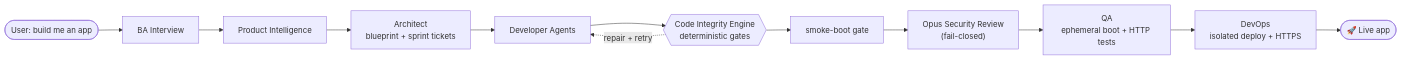
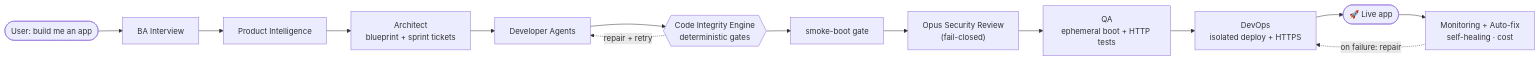
One commit to Rajkumar2002-Rk/ai-org changed the diagram in README.md. Above: the diagram before and after it, drawn with Mermaid. The commit also changed other lines of this file, not shown here.

First line of the commit message:
README: document the 10th stage (Monitoring & self-healing) so the stage list matches the "10 specialized agent stages" claim

````diff
--- a/README.md
+++ b/README.md
@@ -53,14 +53,16 @@
 ```mermaid
 flowchart LR
     U(["User: build me an app"]) --> BA[BA Interview]
     BA --> PI[Product Intelligence]
     PI --> AR["Architect<br/>blueprint + sprint tickets"]
     AR --> DEV[Developer Agents]
     DEV --> CIE{{"Code Integrity Engine<br/>deterministic gates"}}
     CIE -. "repair + retry" .-> DEV
     CIE --> SB[smoke-boot gate]
     SB --> SEC["Opus Security Review<br/>(fail-closed)"]
     SEC --> QA["QA<br/>ephemeral boot + HTTP tests"]
     QA --> DO["DevOps<br/>isolated deploy + HTTPS"]
     DO --> APP(["🚀 Live app"])
+    APP --> MON["Monitoring + Auto-fix<br/>self-healing · cost"]
+    MON -. "on failure: repair" .-> DO
 ```
````
